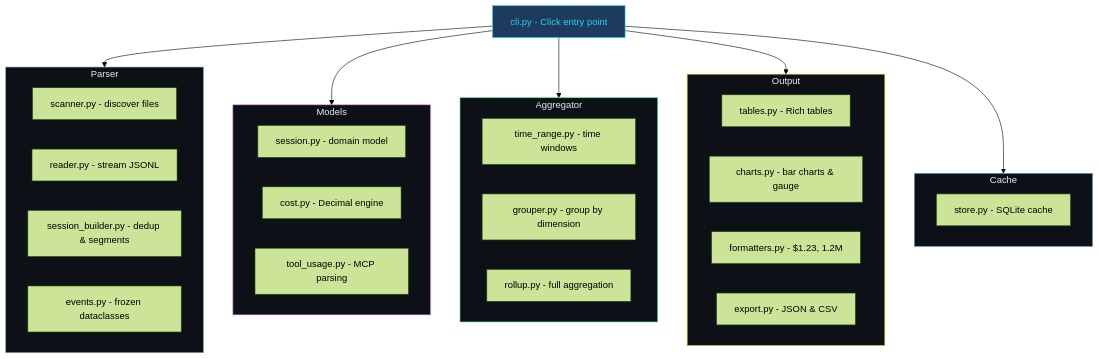
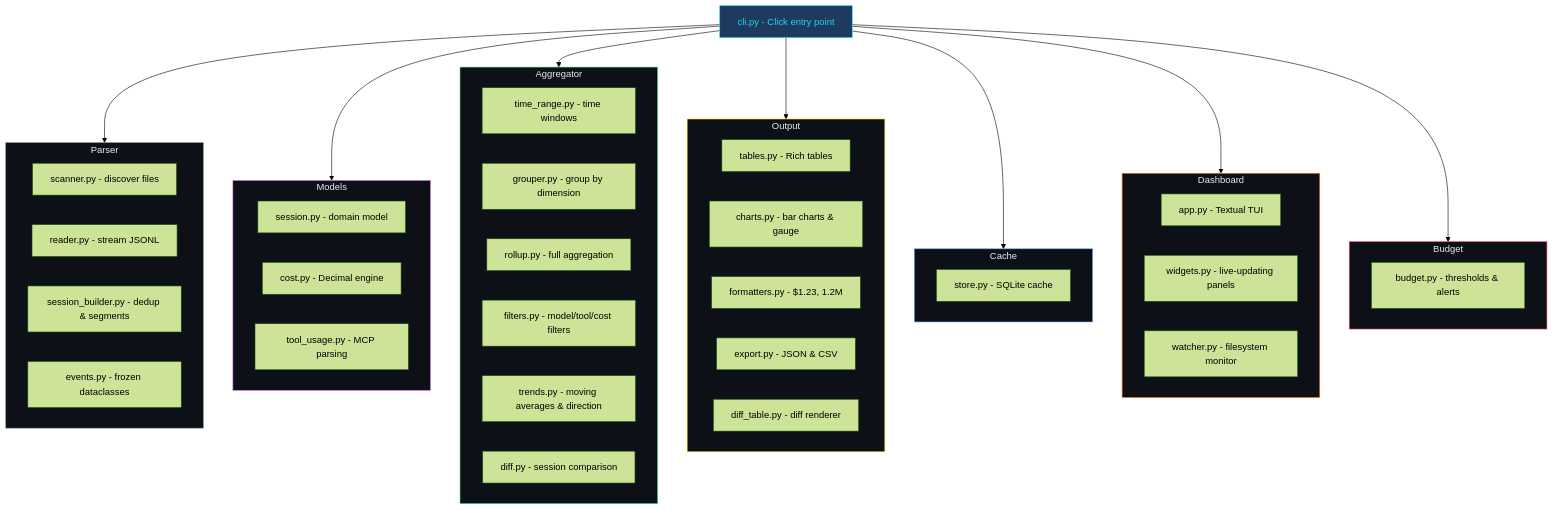
The third of 3 diagrams in README.md (MinaSaad1/parsimony), drawn with Mermaid (forest theme) before and after one commit. The commit also changed other lines of this file, not shown here.

````diff
--- a/README.md
+++ b/README.md
@@ -183,45 +282,63 @@
 ```mermaid
 graph TD
     CLI["cli.py - Click entry point"] --> Parser
     CLI --> Models
     CLI --> Aggregator
     CLI --> Output
     CLI --> Cache
+    CLI --> Dashboard
+    CLI --> Budget
 
     subgraph Parser
         P1["scanner.py - discover files"]
         P2["reader.py - stream JSONL"]
         P3["session_builder.py - dedup & segments"]
         P4["events.py - frozen dataclasses"]
     end
 
     subgraph Models
         M1["session.py - domain model"]
         M2["cost.py - Decimal engine"]
         M3["tool_usage.py - MCP parsing"]
     end
 
     subgraph Aggregator
         A1["time_range.py - time windows"]
         A2["grouper.py - group by dimension"]
         A3["rollup.py - full aggregation"]
+        A4["filters.py - model/tool/cost filters"]
+        A5["trends.py - moving averages & direction"]
+        A6["diff.py - session comparison"]
     end
 
     subgraph Output
         O1["tables.py - Rich tables"]
         O2["charts.py - bar charts & gauge"]
         O3["formatters.py - $1.23, 1.2M"]
         O4["export.py - JSON & CSV"]
+        O5["diff_table.py - diff renderer"]
+    end
+
+    subgraph Dashboard
+        D1["app.py - Textual TUI"]
+        D2["widgets.py - live-updating panels"]
+        D3["watcher.py - filesystem monitor"]
+    end
+
+    subgraph Budget
+        B1["budget.py - thresholds & alerts"]
     end
 
     subgraph Cache
         C1["store.py - SQLite cache"]
     end
 
     style CLI fill:#1e3a5f,stroke:#22d3ee,color:#22d3ee
     style Parser fill:#0d1117,stroke:#8b949e,color:#e6edf3
     style Models fill:#0d1117,stroke:#e879f9,color:#e6edf3
     style Aggregator fill:#0d1117,stroke:#4ade80,color:#e6edf3
     style Output fill:#0d1117,stroke:#facc15,color:#e6edf3
+    style Dashboard fill:#0d1117,stroke:#f97316,color:#e6edf3
+    style Budget fill:#0d1117,stroke:#f43f5e,color:#e6edf3
     style Cache fill:#0d1117,stroke:#60a5fa,color:#e6edf3
 ```
````
